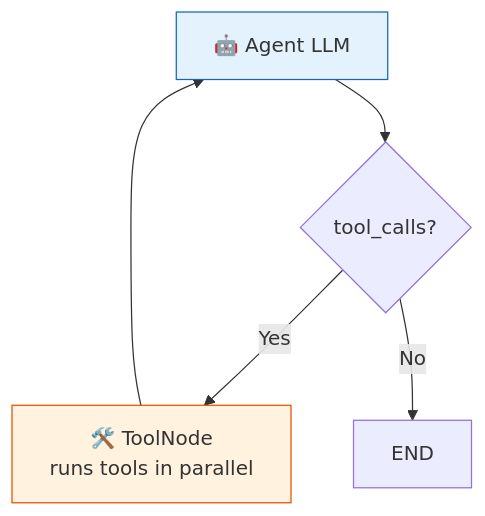
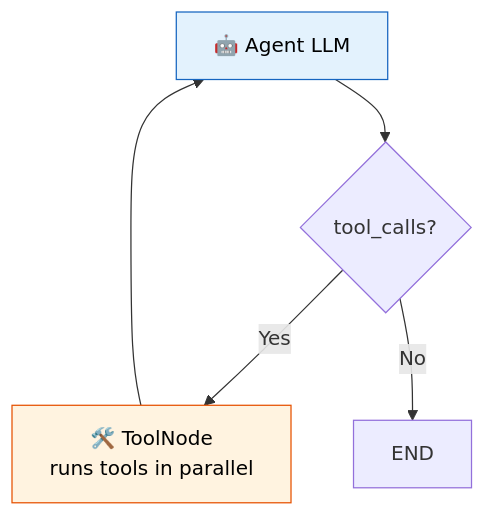
One commit to remolaan/Agentic-AI-Cookbook changed the diagram in 26_toolnode_langgraph/README.md. Above: the diagram before and after it, drawn with Mermaid. The commit also changed 45 other files, not shown here.

Commit message:
Fix Mermaid diagram text colors for readability across all READMEs

````diff
--- a/26_toolnode_langgraph/README.md
+++ b/26_toolnode_langgraph/README.md
@@ -7,9 +7,9 @@
 ```mermaid
 flowchart TD
     A["🤖 Agent LLM"] --> T{"tool_calls?"}
     T -->|"Yes"| TN["🛠️ ToolNode<br/>runs tools in parallel"]
     TN --> A
     T -->|"No"| E["END"]
-    style A fill:#e3f2fd,stroke:#1565c0
-    style TN fill:#fff3e0,stroke:#e65100
+    style A fill:#e3f2fd,stroke:#1565c0,color:#000000
+    style TN fill:#fff3e0,stroke:#e65100,color:#000000
 ```
````
